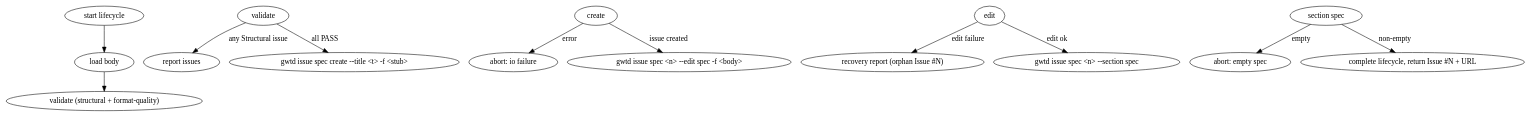
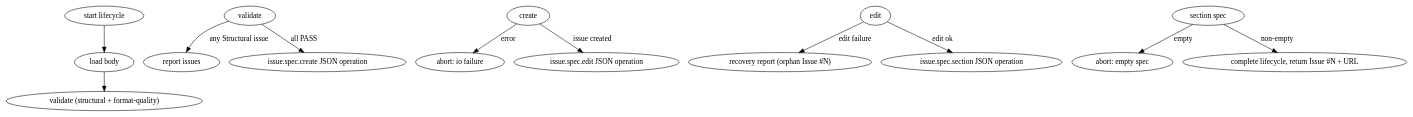
Before and after one commit to akiojin/gwt: the diagram in .codex/skills/gwt-register-spec/SKILL.md, drawn with Graphviz. The commit also changed other lines of this file and 120 other files, not shown here.

Commit message:
feat: enforce JSON-only gwtd operation surface

````diff
--- a/.codex/skills/gwt-register-spec/SKILL.md
+++ b/.codex/skills/gwt-register-spec/SKILL.md
@@ -65,14 +65,14 @@
 ```dot
 digraph register_spec_flow {
     "start lifecycle" -> "load body";
     "load body" -> "validate (structural + format-quality)";
     "validate" -> "report issues" [label="any Structural issue"];
-    "validate" -> "gwtd issue spec create --title <t> -f <stub>" [label="all PASS"];
+    "validate" -> "issue.spec.create JSON operation" [label="all PASS"];
     "create" -> "abort: io failure" [label="error"];
-    "create" -> "gwtd issue spec <n> --edit spec -f <body>" [label="issue created"];
+    "create" -> "issue.spec.edit JSON operation" [label="issue created"];
     "edit" -> "recovery report (orphan Issue #N)" [label="edit failure"];
-    "edit" -> "gwtd issue spec <n> --section spec" [label="edit ok"];
+    "edit" -> "issue.spec.section JSON operation" [label="edit ok"];
     "section spec" -> "abort: empty spec" [label="empty"];
     "section spec" -> "complete lifecycle, return Issue #N + URL" [label="non-empty"];
 }
 ```
````
